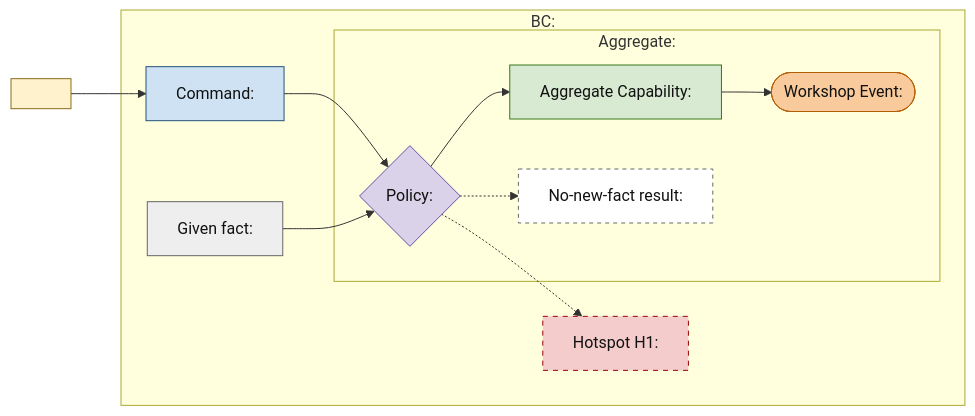
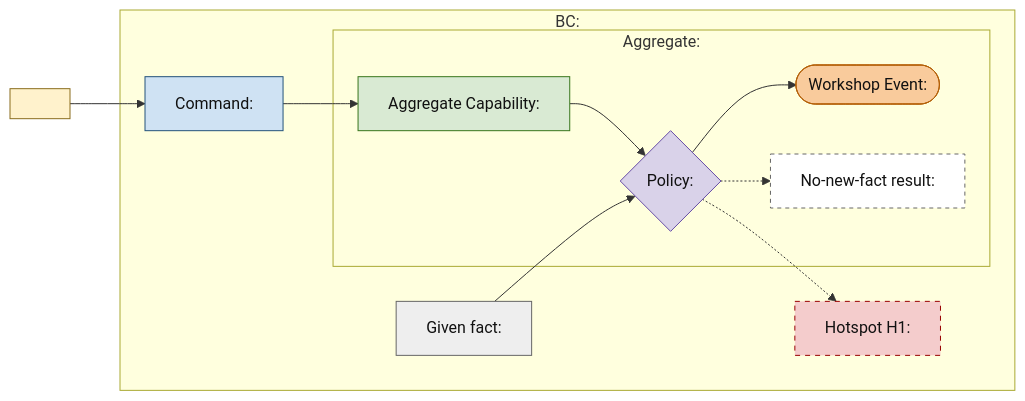
Before and after one commit to jacexh/skill-workshop: the diagram in codex-plugins/ddd-expert/templates/event-storming.md, drawn with Mermaid. The commit also changed other lines of this file and 14 other files, not shown here.

````diff
--- a/codex-plugins/ddd-expert/templates/event-storming.md
+++ b/codex-plugins/ddd-expert/templates/event-storming.md
@@ -17,34 +17,34 @@
 ```mermaid
 flowchart LR
     actor["<Actor>"]:::actor
 
     subgraph BC["BC: <Bounded Context>"]
         given["Given fact: <Pre-existing authority or state>"]:::given
         command["Command: <Business intent>"]:::command
         subgraph Aggregate["Aggregate: <Aggregate Root>"]
+            capability["Aggregate Capability: <Root-owned operation>"]:::capability
             policy{"Policy: <Decision rule>"}:::policy
-            capability["Aggregate Capability: <Root-owned operation>"]:::capability
             event(["Workshop Event: <Past-tense business fact>"]):::event
             %% Selected form: event(["Workshop Event: <Past-tense business fact><br/>Domain Event: <Canonical past-tense fact>"]):::event
             no_fact["No-new-fact result: <Rejected or unchanged>"]:::result
         end
         hotspot_H1["Hotspot H1: <Non-blocking question>"]:::hotspot
     end
 
-    actor --> command --> policy --> capability --> event
+    actor --> command --> capability --> policy --> event
     given --> policy
     policy -.-> no_fact
-    %% Reaction form: selected_event --> reaction_policy["Reaction Policy: <Why the fact causes the next intent>"] --> next_command["Command: <Next business intent>"]
+    %% Reaction form: selected_event --> reaction_policy["Reaction Policy: <Why the fact causes the next intent>"] --> next_command["Command: <Next business intent>"] --> next_capability["Aggregate Capability: <Target operation>"]
     %% Cross-context form: event -- "Published Fact Contract: <name>" --> downstream_context
     policy -.-> hotspot_H1
 
     classDef actor fill:#fff2cc,stroke:#8a6d1d,color:#111
     classDef external fill:#d9eaf7,stroke:#24527a,color:#111
     classDef command fill:#cfe2f3,stroke:#24527a,color:#111
     classDef policy fill:#d9d2e9,stroke:#674ea7,color:#111
     classDef capability fill:#d9ead3,stroke:#38761d,color:#111
     classDef event fill:#f9cb9c,stroke:#b45f06,color:#111
     classDef given fill:#eeeeee,stroke:#666666,color:#111
     classDef result fill:#ffffff,stroke:#666666,color:#111,stroke-dasharray: 4 4
     classDef hotspot fill:#f4cccc,stroke:#990000,color:#111,stroke-dasharray: 5 5
 ```
````
